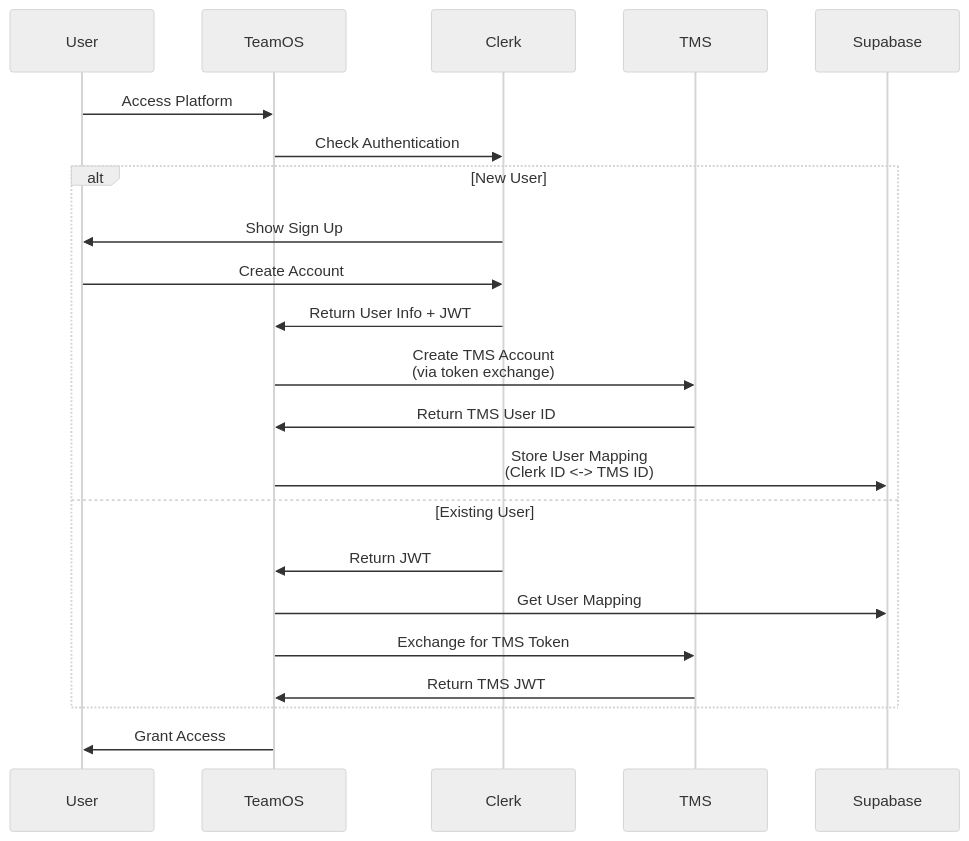
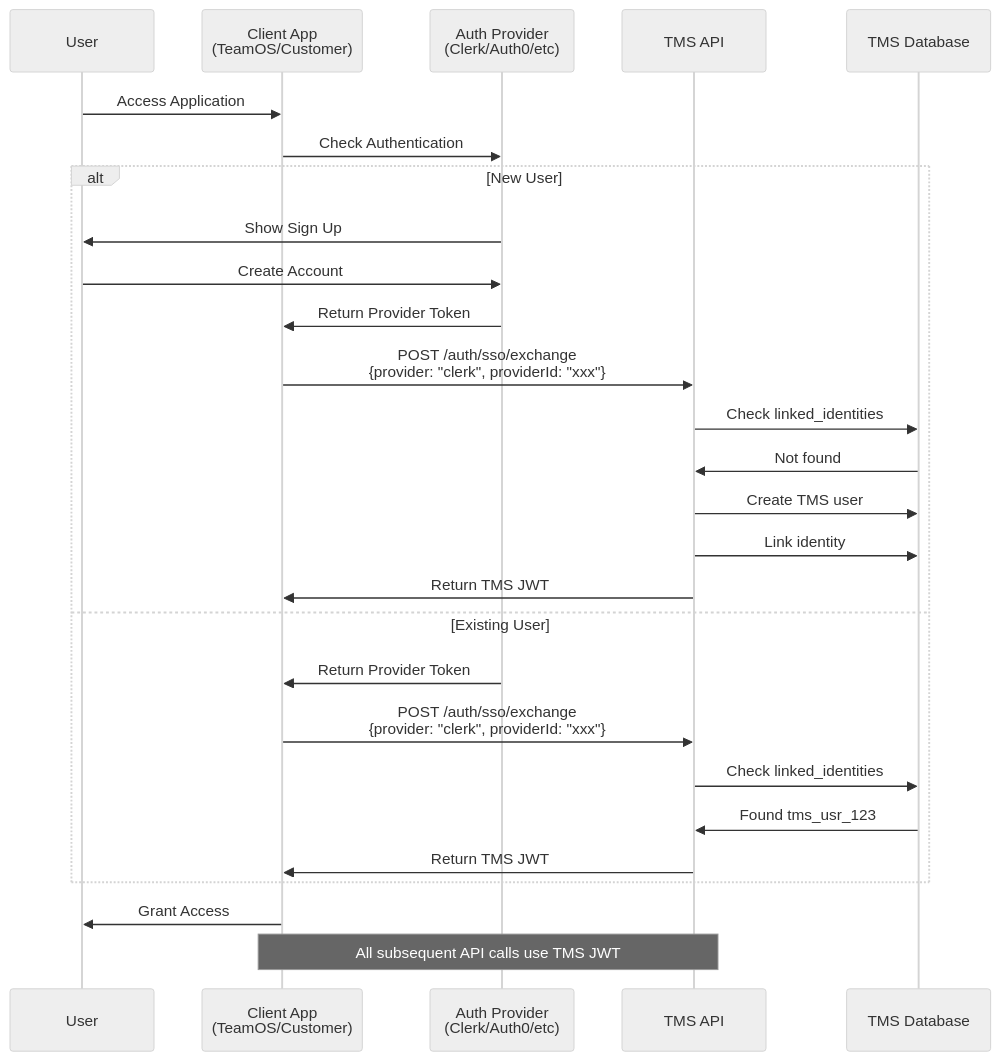
The second of 9 diagrams in docs/tms-api-spec/SYSTEM-ARCHITECTURE.md (tmscoach/teamOS-Agents-Demo), drawn with Mermaid (neutral theme) before and after one commit. The commit also changed other lines of this file and 5 other files, not shown here.

First line of the commit message:
docs: Update TMS API spec with flexible authentication and MVP approach

````diff
--- a/docs/tms-api-spec/SYSTEM-ARCHITECTURE.md
+++ b/docs/tms-api-spec/SYSTEM-ARCHITECTURE.md
@@ -101,27 +101,33 @@
 ```mermaid
 sequenceDiagram
     participant User
-    participant TeamOS
-    participant Clerk
-    participant TMS
-    participant Supabase
+    participant Client as Client App<br/>(TeamOS/Customer)
+    participant Auth as Auth Provider<br/>(Clerk/Auth0/etc)
+    participant TMS as TMS API
+    participant DB as TMS Database
     
-    User->>TeamOS: Access Platform
-    TeamOS->>Clerk: Check Authentication
+    User->>Client: Access Application
+    Client->>Auth: Check Authentication
     
     alt New User
-        Clerk->>User: Show Sign Up
-        User->>Clerk: Create Account
-        Clerk->>TeamOS: Return User Info + JWT
-        TeamOS->>TMS: Create TMS Account<br/>(via token exchange)
-        TMS->>TeamOS: Return TMS User ID
-        TeamOS->>Supabase: Store User Mapping<br/>(Clerk ID <-> TMS ID)
+        Auth->>User: Show Sign Up
+        User->>Auth: Create Account
+        Auth->>Client: Return Provider Token
+        Client->>TMS: POST /auth/sso/exchange<br/>{provider: "clerk", providerId: "xxx"}
+        TMS->>DB: Check linked_identities
+        DB->>TMS: Not found
+        TMS->>DB: Create TMS user
+        TMS->>DB: Link identity
+        TMS->>Client: Return TMS JWT
     else Existing User
-        Clerk->>TeamOS: Return JWT
-        TeamOS->>Supabase: Get User Mapping
-        TeamOS->>TMS: Exchange for TMS Token
-        TMS->>TeamOS: Return TMS JWT
+        Auth->>Client: Return Provider Token
+        Client->>TMS: POST /auth/sso/exchange<br/>{provider: "clerk", providerId: "xxx"}
+        TMS->>DB: Check linked_identities
+        DB->>TMS: Found tms_usr_123
+        TMS->>Client: Return TMS JWT
     end
     
-    TeamOS->>User: Grant Access
+    Client->>User: Grant Access
+    
+    Note over Client,TMS: All subsequent API calls use TMS JWT
 ```
````
